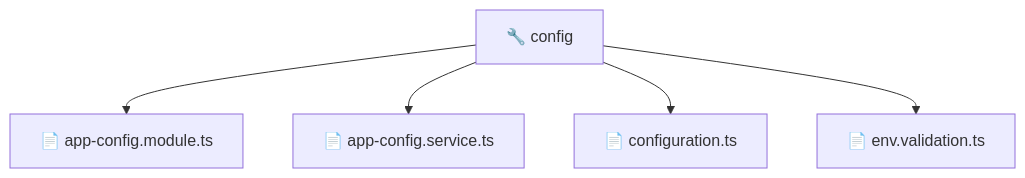
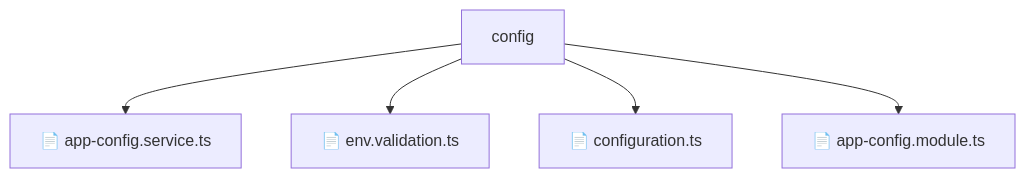
The diagram in backend/src/common/config/README.md (beginwebdev2002/fullstack-mavluda), drawn with Mermaid before and after one commit. The commit also changed other lines of this file and 155 other files, not shown here.

````diff
--- a/backend/src/common/config/README.md
+++ b/backend/src/common/config/README.md
@@ -9,8 +14,8 @@
 ```mermaid
 graph TD
-  Root["🔧 config"]
-  Root --> appconfigmodulets["📄 app-config.module.ts"]
-  Root --> appconfigservicets["📄 app-config.service.ts"]
-  Root --> configurationts["📄 configuration.ts"]
-  Root --> envvalidationts["📄 env.validation.ts"]
+    Root[config]
+    Root --> F0[📄 app-config.service.ts]
+    Root --> F1[📄 env.validation.ts]
+    Root --> F2[📄 configuration.ts]
+    Root --> F3[📄 app-config.module.ts]
 ```
````
